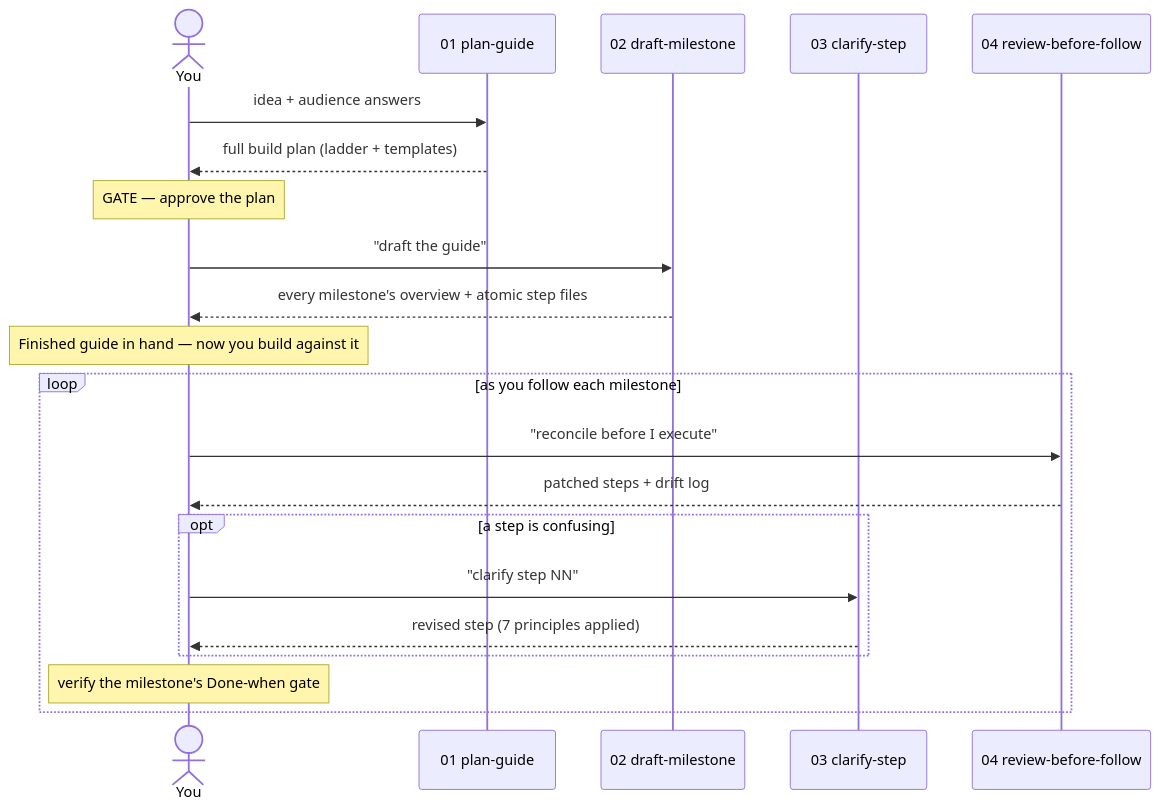
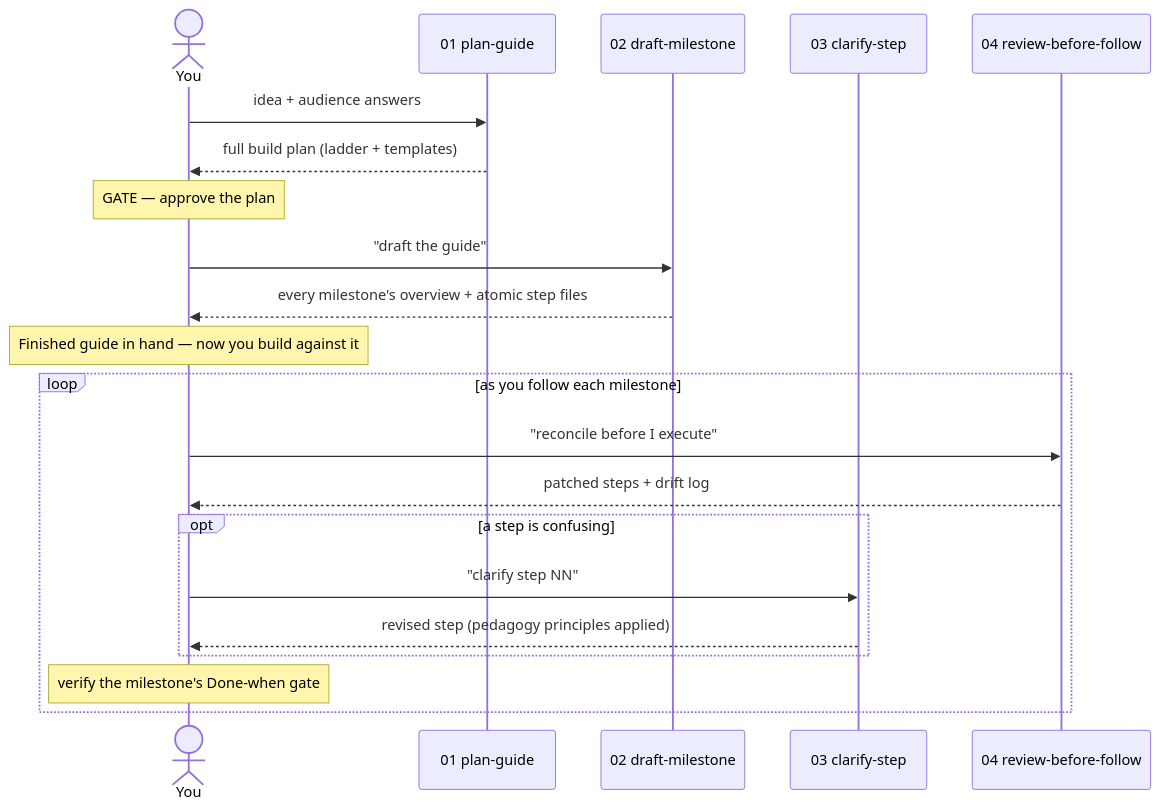
Before and after one commit to tomthebearded/guide-forge: the diagram in EXPLAINER.md, drawn with Mermaid. The commit also changed other lines of this file and 30 other files, not shown here.

````diff
--- a/EXPLAINER.md
+++ b/EXPLAINER.md
@@ -136,24 +138,24 @@
 ```mermaid
 sequenceDiagram
     actor You
     participant P1 as 01 plan-guide
     participant P2 as 02 draft-milestone
     participant P3 as 03 clarify-step
     participant P4 as 04 review-before-follow
 
     You->>P1: idea + audience answers
     P1-->>You: full build plan (ladder + templates)
     Note over You: GATE — approve the plan
     You->>P2: "draft the guide"
     P2-->>You: every milestone's overview + atomic step files
     Note over You: Finished guide in hand — now you build against it
     loop as you follow each milestone
         You->>P4: "reconcile before I execute"
         P4-->>You: patched steps + drift log
         opt a step is confusing
             You->>P3: "clarify step NN"
-            P3-->>You: revised step (7 principles applied)
+            P3-->>You: revised step (pedagogy principles applied)
         end
         Note over You: verify the milestone's Done-when gate
     end
 ```
````
